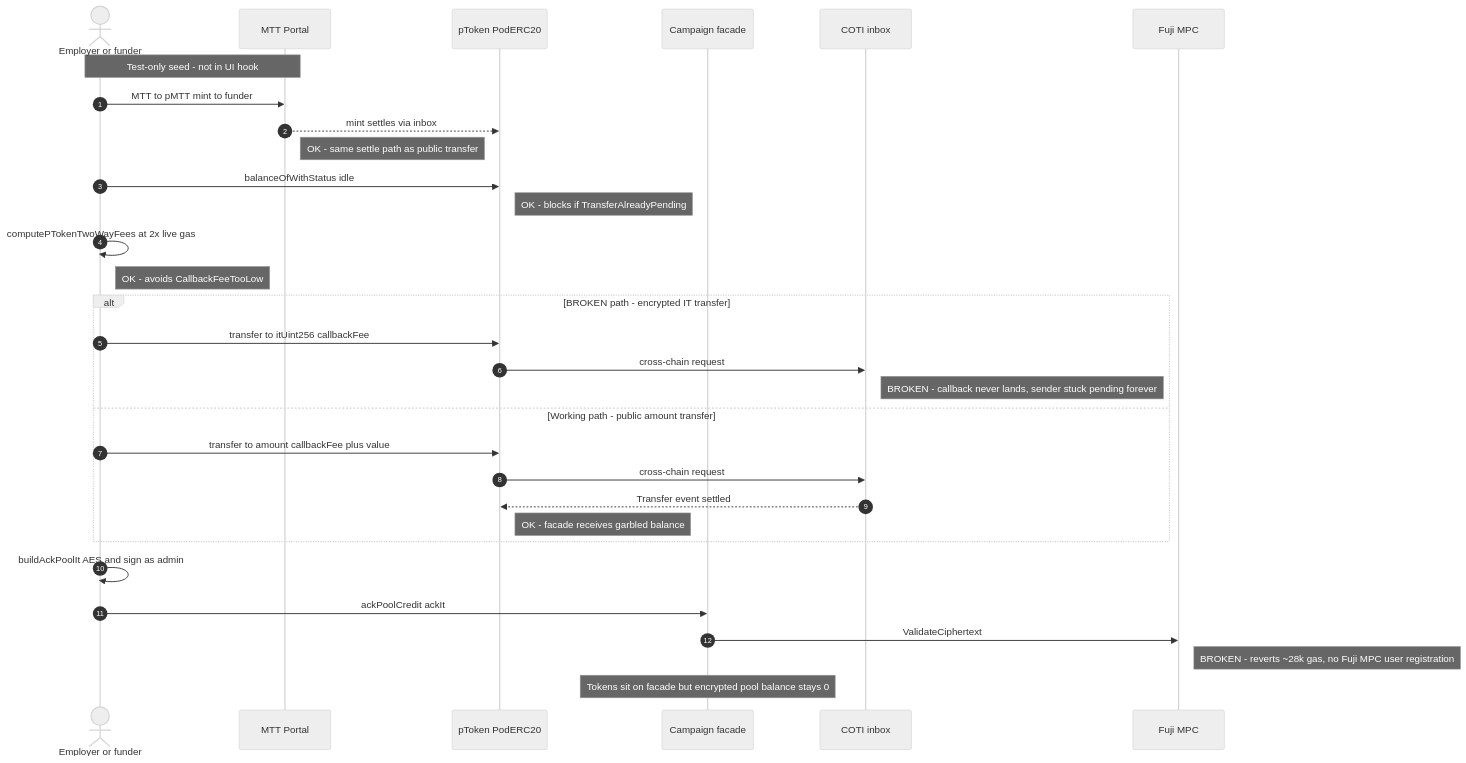
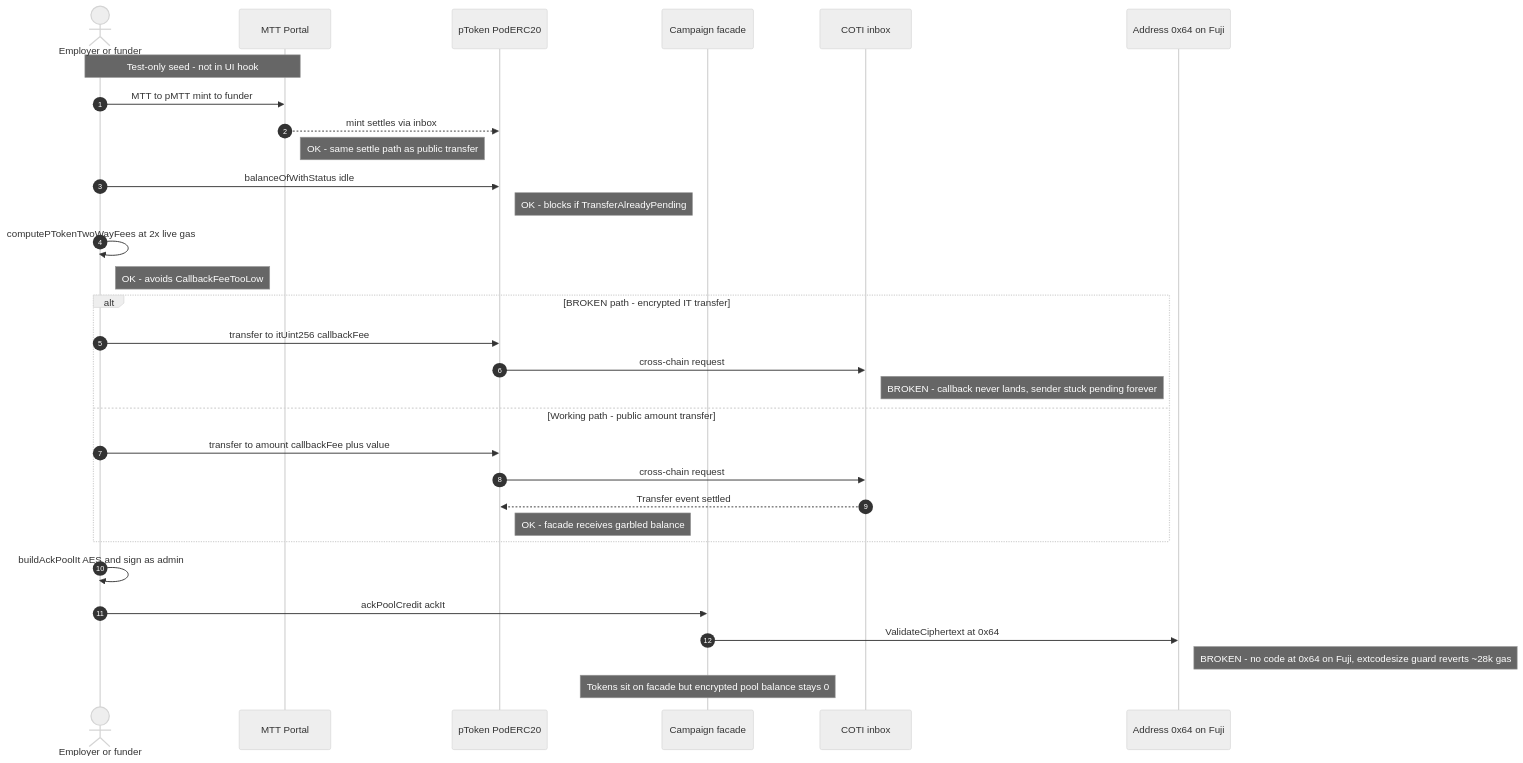
Before and after one commit to cotitech-io/hrpayroll-ui: the second of 4 diagrams in ui/docs/fundCampaign.md, drawn with Mermaid (neutral theme). The commit also changed other lines of this file and 1 other file, not shown here.

First line of the commit message:
Correct ackPoolCredit root cause: no code at 0x64 on Fuji, not missing MPC registration

````diff
--- a/ui/docs/fundCampaign.md
+++ b/ui/docs/fundCampaign.md
@@ -87,38 +110,38 @@
 ```mermaid
 sequenceDiagram
   autonumber
   actor Emp as Employer or funder
   participant Portal as MTT Portal
   participant pToken as pToken PodERC20
   participant Facade as Campaign facade
   participant COTI as COTI inbox
-  participant MPC as Fuji MPC
+  participant MPC as Address 0x64 on Fuji
 
   Note over Emp,Portal: Test-only seed - not in UI hook
   Emp->>Portal: MTT to pMTT mint to funder
   Portal-->>pToken: mint settles via inbox
   Note right of Portal: OK - same settle path as public transfer
 
   Emp->>pToken: balanceOfWithStatus idle
   Note right of pToken: OK - blocks if TransferAlreadyPending
 
   Emp->>Emp: computePTokenTwoWayFees at 2x live gas
   Note right of Emp: OK - avoids CallbackFeeTooLow
 
   alt BROKEN path - encrypted IT transfer
     Emp->>pToken: transfer to itUint256 callbackFee
     pToken->>COTI: cross-chain request
     Note right of COTI: BROKEN - callback never lands, sender stuck pending forever
   else Working path - public amount transfer
     Emp->>pToken: transfer to amount callbackFee plus value
     pToken->>COTI: cross-chain request
     COTI-->>pToken: Transfer event settled
     Note right of pToken: OK - facade receives garbled balance
   end
 
   Emp->>Emp: buildAckPoolIt AES and sign as admin
   Emp->>Facade: ackPoolCredit ackIt
-  Facade->>MPC: ValidateCiphertext
-  Note right of MPC: BROKEN - reverts ~28k gas, no Fuji MPC user registration
+  Facade->>MPC: ValidateCiphertext at 0x64
+  Note right of MPC: BROKEN - no code at 0x64 on Fuji, extcodesize guard reverts ~28k gas
   Note over Facade: Tokens sit on facade but encrypted pool balance stays 0
 ```
````
